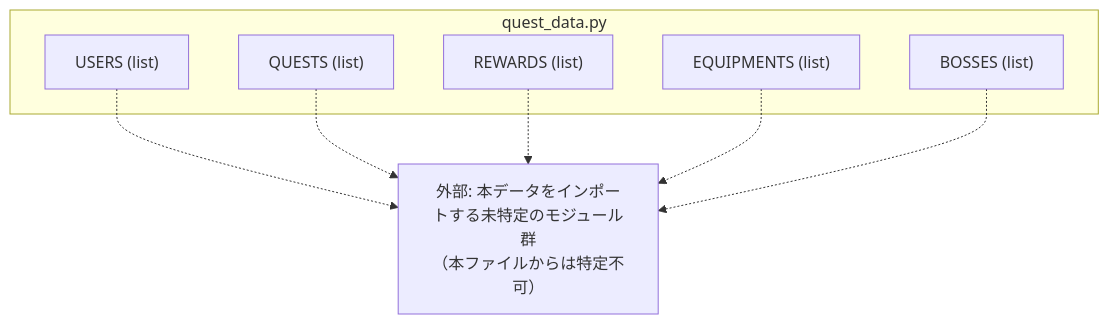
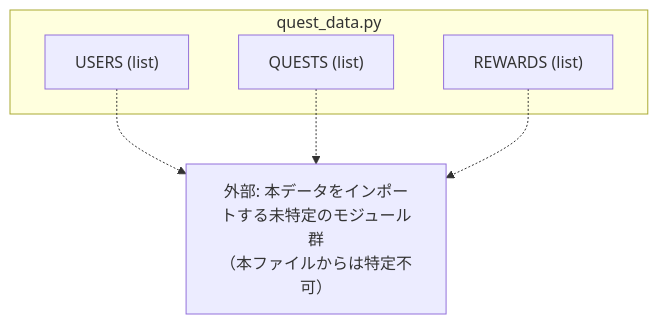
One commit to mmtigers/my_python_project changed the second of 2 diagrams in docs/specifications/MY_HOME_SYSTEM/quest_data.md. Above: the diagram before and after it, drawn with Mermaid. The commit also changed other lines of this file and 3 other files, not shown here.

````diff
--- a/docs/specifications/MY_HOME_SYSTEM/quest_data.md
+++ b/docs/specifications/MY_HOME_SYSTEM/quest_data.md
@@ -189,18 +143,14 @@
 ```mermaid
 graph TD
     subgraph "quest_data.py"
         USERS["USERS (list)"]
         QUESTS["QUESTS (list)"]
         REWARDS["REWARDS (list)"]
-        EQUIPMENTS["EQUIPMENTS (list)"]
-        BOSSES["BOSSES (list)"]
     end
 
     Consumer["外部: 本データをインポートする未特定のモジュール群<br/>（本ファイルからは特定不可）"]
 
     USERS -.-> Consumer
     QUESTS -.-> Consumer
     REWARDS -.-> Consumer
-    EQUIPMENTS -.-> Consumer
-    BOSSES -.-> Consumer
 ```
````
